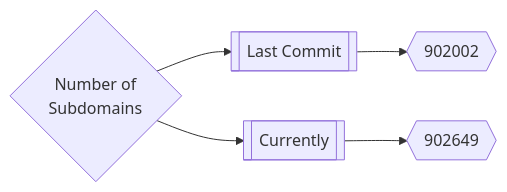
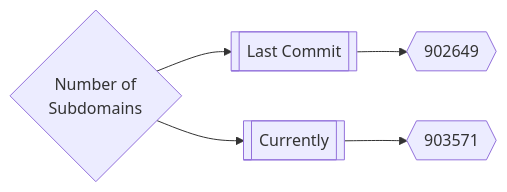
One commit to trickest/inventory changed the first of 3 diagrams in README.md. Above: the diagram before and after it, drawn with Mermaid. The commit also changed other lines of this file, not shown here.

Commit message:
Update README.md Tue Jul 12 21:02:01 UTC 2022

````diff
--- a/README.md
+++ b/README.md
@@ -167,5 +167,5 @@
 ```mermaid
 graph LR
-title{Number of<br>Subdomains} --> subdomainsDate1[[Last Commit]] --> subdomainsNum1{{902002}}
-title --> subdomainsDate2[[Currently]] --> subdomainsNum2{{902649}}
+title{Number of<br>Subdomains} --> subdomainsDate1[[Last Commit]] --> subdomainsNum1{{902649}}
+title --> subdomainsDate2[[Currently]] --> subdomainsNum2{{903571}}
 ```
````
